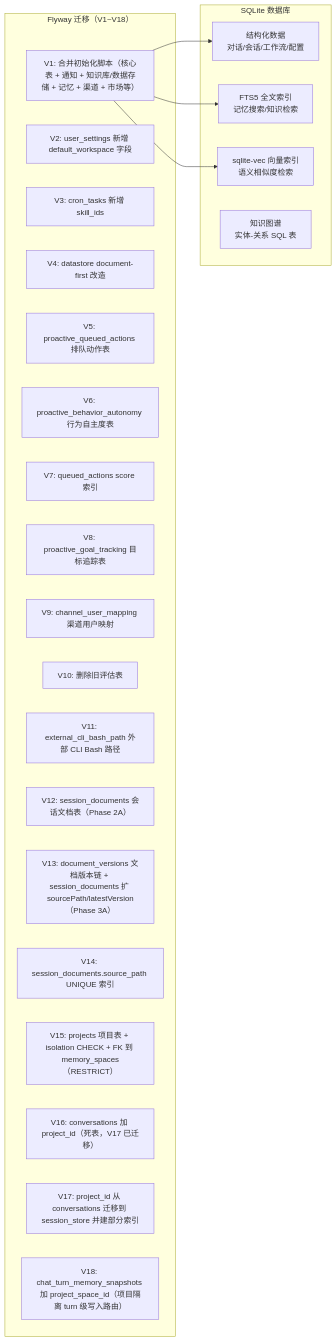
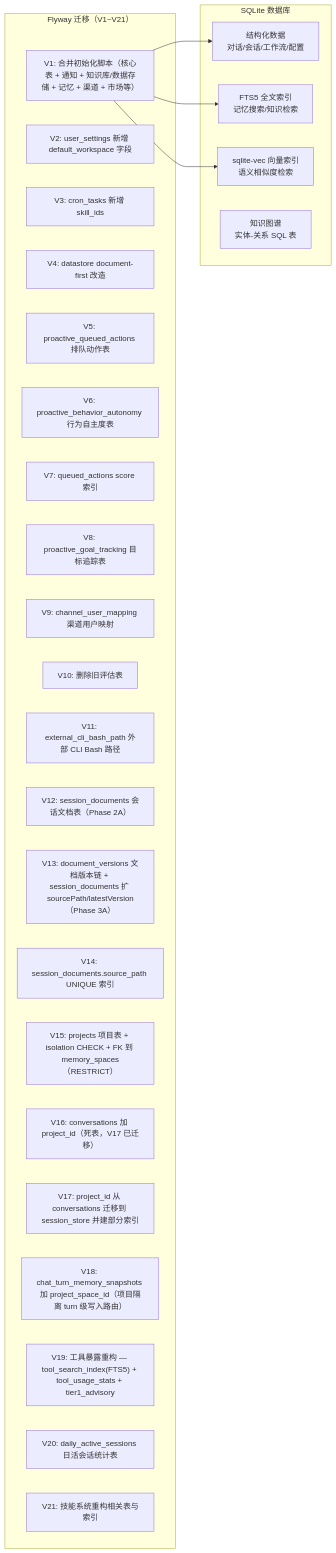
The third of 4 diagrams in docs/ARCHITECTURE.md (ntygod/LifePilot), drawn with Mermaid before and after one commit. The commit also changed other lines of this file and 263 other files, not shown here.

First line of the commit message:
feat(tool): 工具暴露机制重构（Tier 1 常驻 + BM25 搜索 + 3 个 meta 工具） (#94)

````diff
--- a/docs/ARCHITECTURE.md
+++ b/docs/ARCHITECTURE.md
@@ -186,34 +186,37 @@
 ```mermaid
 graph LR
     subgraph "SQLite 数据库"
         SQL["结构化数据<br/>对话/会话/工作流/配置"]
         FTS["FTS5 全文索引<br/>记忆搜索/知识检索"]
         VEC["sqlite-vec 向量索引<br/>语义相似度检索"]
         GRAPH["知识图谱<br/>实体-关系 SQL 表"]
     end
 
-    subgraph "Flyway 迁移（V1~V18）"
+    subgraph "Flyway 迁移（V1~V21）"
         V1["V1: 合并初始化脚本（核心表 + 通知 + 知识库/数据存储 + 记忆 + 渠道 + 市场等）"]
         V2["V2: user_settings 新增 default_workspace 字段"]
         V3["V3: cron_tasks 新增 skill_ids"]
         V4["V4: datastore document-first 改造"]
         V5["V5: proactive_queued_actions 排队动作表"]
         V6["V6: proactive_behavior_autonomy 行为自主度表"]
         V7["V7: queued_actions score 索引"]
         V8["V8: proactive_goal_tracking 目标追踪表"]
         V9["V9: channel_user_mapping 渠道用户映射"]
         V10["V10: 删除旧评估表"]
         V11["V11: external_cli_bash_path 外部 CLI Bash 路径"]
         V12["V12: session_documents 会话文档表（Phase 2A）"]
         V13["V13: document_versions 文档版本链 + session_documents 扩 sourcePath/latestVersion（Phase 3A）"]
         V14["V14: session_documents.source_path UNIQUE 索引"]
         V15["V15: projects 项目表 + isolation CHECK + FK 到 memory_spaces（RESTRICT）"]
         V16["V16: conversations 加 project_id（死表，V17 已迁移）"]
         V17["V17: project_id 从 conversations 迁移到 session_store 并建部分索引"]
         V18["V18: chat_turn_memory_snapshots 加 project_space_id（项目隔离 turn 级写入路由）"]
+        V19["V19: 工具暴露重构 — tool_search_index(FTS5) + tool_usage_stats + tier1_advisory"]
+        V20["V20: daily_active_sessions 日活会话统计表"]
+        V21["V21: 技能系统重构相关表与索引"]
     end
 
     V1 --> SQL
     V1 --> FTS
     V1 --> VEC
 ```
````
